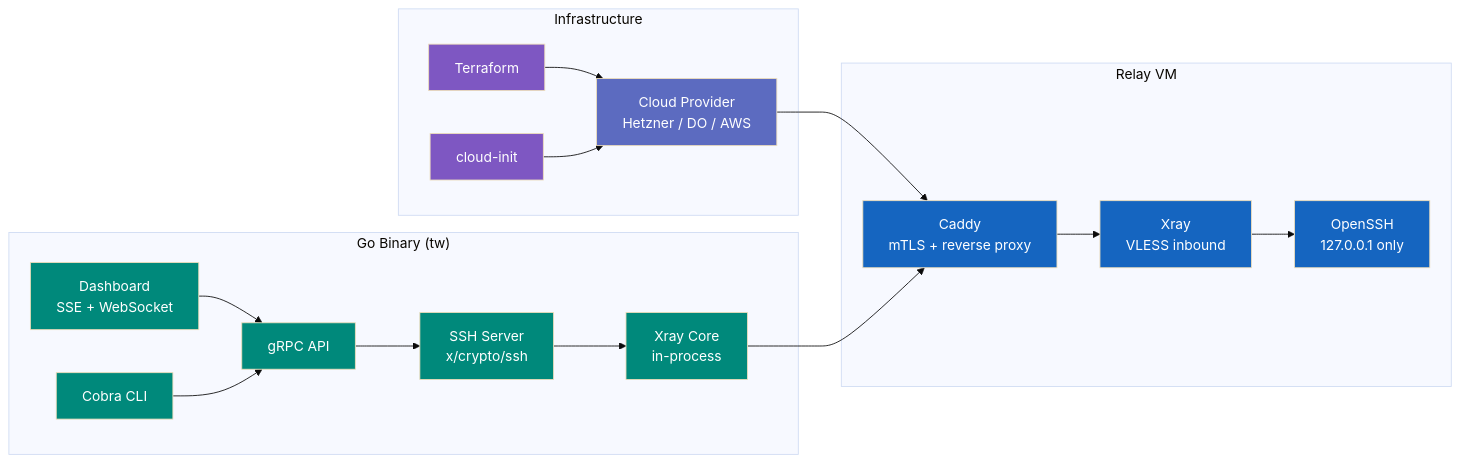
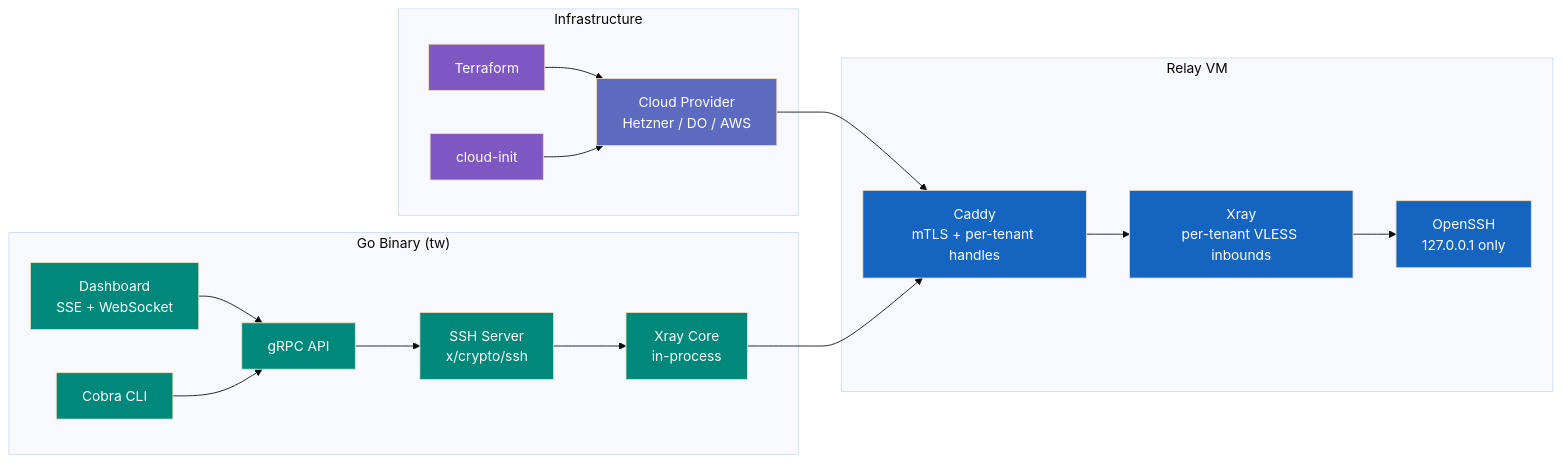
One commit to Tunnel-Whisperer/Tunnel-Whisperer changed the second of 2 diagrams in docs/architecture/solution-strategy.md. Above: the diagram before and after it, drawn with Mermaid (base theme). The commit also changed other lines of this file and 45 other files, not shown here.

````diff
--- a/docs/architecture/solution-strategy.md
+++ b/docs/architecture/solution-strategy.md
@@ -30,45 +30,45 @@
 ```mermaid
 graph LR
     subgraph "Infrastructure"
         TF[Terraform]
         CI[cloud-init]
         CLOUD[Cloud Provider<br/>Hetzner / DO / AWS]
     end
 
     subgraph "Relay VM"
-        CADDY[Caddy<br/>mTLS + reverse proxy]
-        XRAY_R[Xray<br/>VLESS inbound]
+        CADDY[Caddy<br/>mTLS + per-tenant handles]
+        XRAY_R[Xray<br/>per-tenant VLESS inbounds]
         OSSH[OpenSSH<br/>127.0.0.1 only]
     end
 
     subgraph "Go Binary (tw)"
         XRAY[Xray Core<br/>in-process]
         SSHD[SSH Server<br/>x/crypto/ssh]
         GRPC[gRPC API]
         DASH[Dashboard<br/>SSE + WebSocket]
         COBRA[Cobra CLI]
     end
 
     TF --> CLOUD
     CI --> CLOUD
     CLOUD --> CADDY
     CADDY --> XRAY_R
     XRAY_R --> OSSH
     XRAY --> CADDY
     SSHD --> XRAY
     GRPC --> SSHD
     DASH --> GRPC
     COBRA --> GRPC
 
     style TF fill:#7E57C2,color:#fff
     style CI fill:#7E57C2,color:#fff
     style CLOUD fill:#5C6BC0,color:#fff
     style CADDY fill:#1565C0,color:#fff
     style XRAY_R fill:#1565C0,color:#fff
     style OSSH fill:#1565C0,color:#fff
     style XRAY fill:#00897B,color:#fff
     style SSHD fill:#00897B,color:#fff
     style GRPC fill:#00897B,color:#fff
     style DASH fill:#00897B,color:#fff
     style COBRA fill:#00897B,color:#fff
 ```
````
